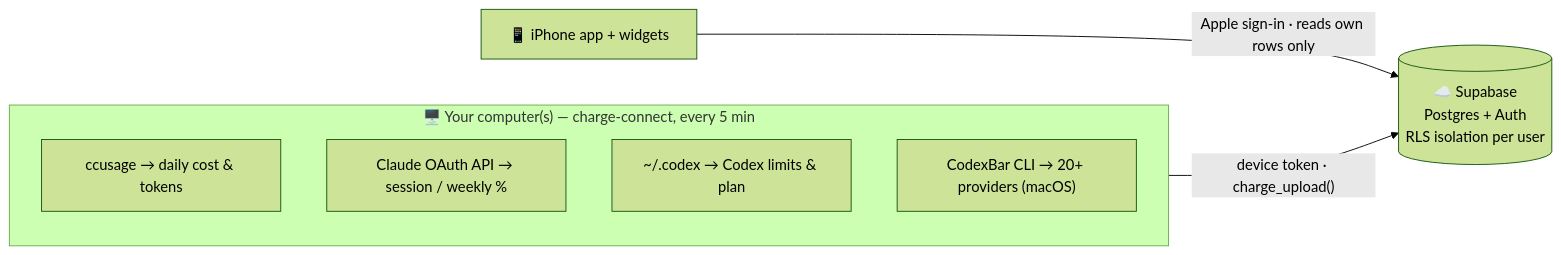
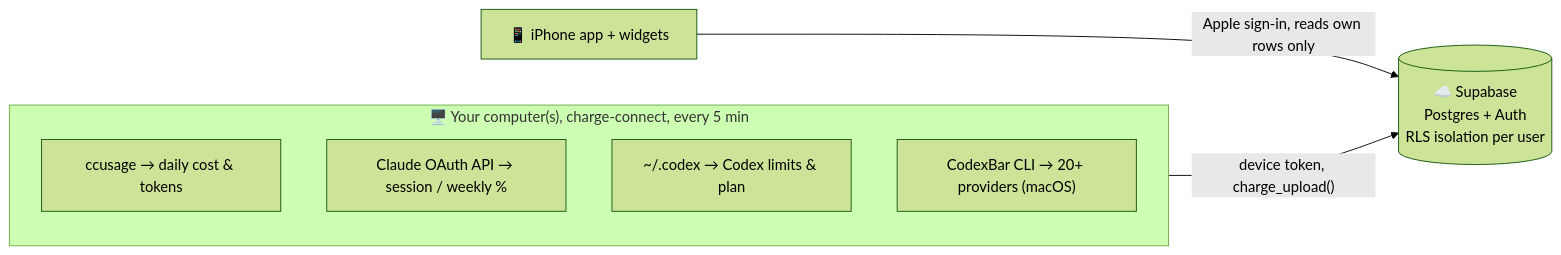
The diagram in README.md (baekdusan/charge), drawn with Mermaid (forest theme) before and after one commit. The commit also changed other lines of this file, not shown here.

````diff
--- a/README.md
+++ b/README.md
@@ -92,12 +92,12 @@
 ```mermaid
 flowchart LR
-    subgraph desk["🖥️ Your computer(s) — charge-connect, every 5 min"]
+    subgraph desk["🖥️ Your computer(s), charge-connect, every 5 min"]
         direction TB
         cc["ccusage → daily cost & tokens"]
         claude["Claude OAuth API → session / weekly %"]
         codex["~/.codex → Codex limits & plan"]
         bar["CodexBar CLI → 20+ providers (macOS)"]
     end
-    desk -->|"device token · charge_upload()"| db[("☁️ Supabase<br/>Postgres + Auth<br/>RLS isolation per user")]
-    app["📱 iPhone app + widgets"] -->|"Apple sign-in · reads own rows only"| db
+    desk -->|"device token, charge_upload()"| db[("☁️ Supabase<br/>Postgres + Auth<br/>RLS isolation per user")]
+    app["📱 iPhone app + widgets"] -->|"Apple sign-in, reads own rows only"| db
 ```
````
